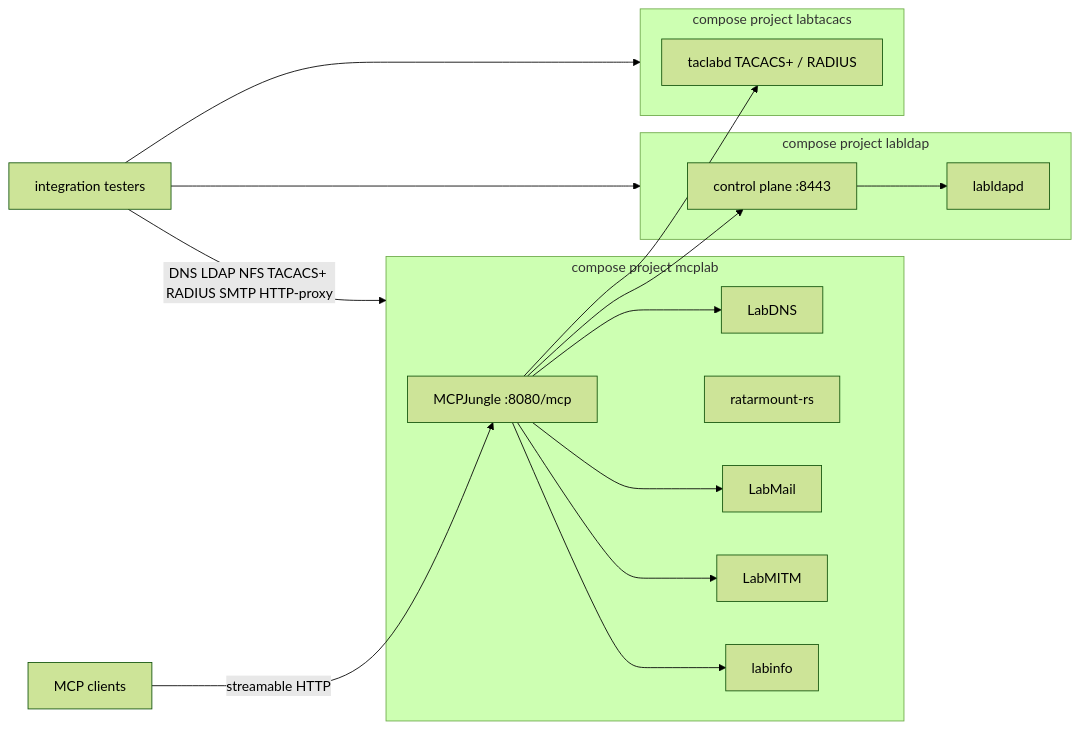
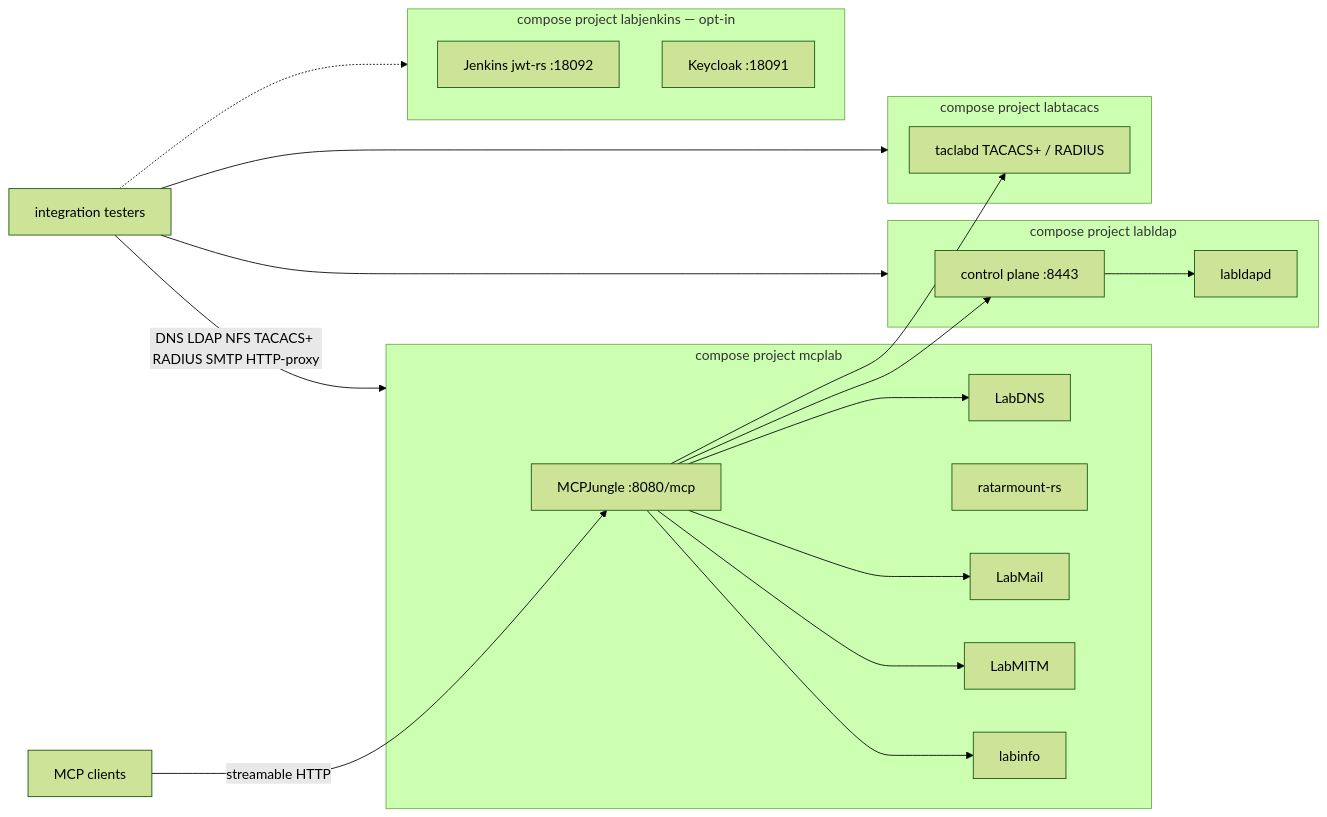
The diagram in README.md (hilather/mcp-integration-lab), drawn with Mermaid (forest theme) before and after one commit. The commit also changed other lines of this file and 35 other files, not shown here.

First line of the commit message:
feat: opt-in LabJenkins jwt-rs with Entra fill-in profile

````diff
--- a/README.md
+++ b/README.md
@@ -84,29 +85,34 @@
 ```mermaid
 flowchart LR
   Agents[MCP clients] -->|streamable HTTP| Jungle["MCPJungle :8080/mcp"]
   subgraph mcplab [compose project mcplab]
     Jungle
     DNS[LabDNS]
     NFS[ratarmount-rs]
     Mail[LabMail]
     MITM[LabMITM]
     Info[labinfo]
   end
   subgraph labldap [compose project labldap]
     Control[control plane :8443]
     Dir[labldapd]
   end
   subgraph labtacacs [compose project labtacacs]
     Taclab[taclabd TACACS+ / RADIUS]
   end
+  subgraph labjenkins [compose project labjenkins — opt-in]
+    Jenkins[Jenkins jwt-rs :18092]
+    Keycloak[Keycloak :18091]
+  end
   Jungle --> DNS
   Jungle --> Info
   Jungle --> Control
   Jungle --> Taclab
   Jungle --> Mail
   Jungle --> MITM
   Control --> Dir
   Testers[integration testers] -->|DNS LDAP NFS TACACS+ RADIUS SMTP HTTP-proxy| mcplab
   Testers --> labldap
   Testers --> labtacacs
+  Testers -.-> labjenkins
 ```
````
